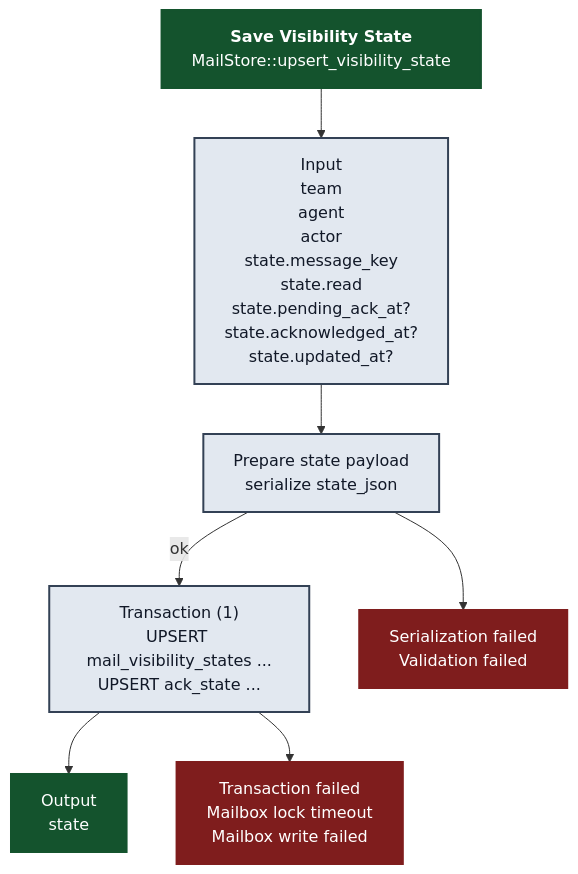
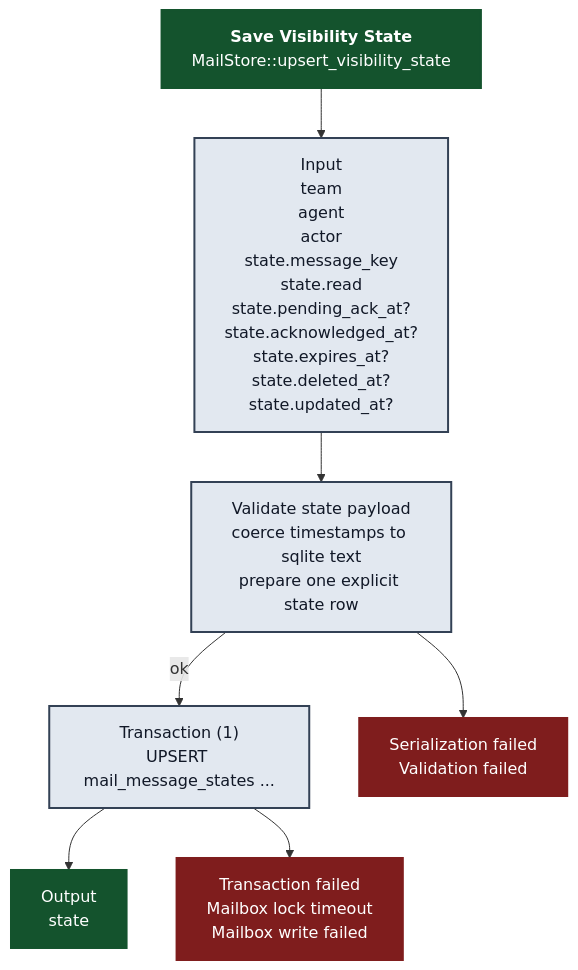
The diagram in docs/atm-rusqlite/sql_save-visibility-state.mmd (randlee/atm-core), drawn with Mermaid before and after one commit. The commit also changed 26 other files, not shown here.

Commit message:
phase-u: unify mutable message state

```diff
--- a/docs/atm-rusqlite/sql_save-visibility-state.mmd
+++ b/docs/atm-rusqlite/sql_save-visibility-state.mmd
@@ -1,38 +1,40 @@
 %% title: `Save Visibility State`
 %% summary: SQLite boundary method `MailStore::upsert_visibility_state`.
-%% commentary: This SQL-boundary path writes both the visibility-state JSON row and the ack-state projection row in one transaction.
+%% commentary: This SQL-boundary path writes the entire mutable mailbox projection into one explicit `mail_message_states` row.
 %% read_tables:
-%% write_tables: mail_visibility_states, ack_state
+%% write_tables: mail_message_states
 %% notes: reads: 0 | writes: 2 | joins: 0 | transactions: 1
 %% sets: query
 flowchart TD
     A["<b>Save Visibility State</b><br/>MailStore::upsert_visibility_state"]
     A --> I["Input
 team
 agent
 actor
 state.message_key
 state.read
 state.pending_ack_at?
 state.acknowledged_at?
+state.expires_at?
+state.deleted_at?
 state.updated_at?"]
-    I --> V["Prepare state payload
-serialize state_json"]
+    I --> V["Validate state payload
+coerce timestamps to sqlite text
+prepare one explicit state row"]
     V -->|ok| T["Transaction (1)
-UPSERT mail_visibility_states ...
-UPSERT ack_state ..."]
+UPSERT mail_message_states ..."]
     T --> O["Output
 state"]
     V --> EV["Serialization failed
 Validation failed"]
     T --> ET["Transaction failed
 Mailbox lock timeout
 Mailbox write failed"]
 
     classDef happy fill:#14532d,color:#ffffff,stroke:#14532d,stroke-width:2px;
     classDef error fill:#7f1d1d,color:#ffffff,stroke:#7f1d1d,stroke-width:2px;
     classDef neutral fill:#e2e8f0,color:#111827,stroke:#334155,stroke-width:2px;
 
     class A,O happy;
     class EV,ET error;
     class I,V,T neutral;
```
